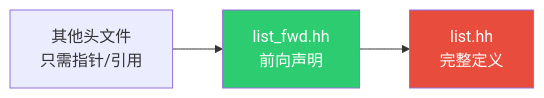
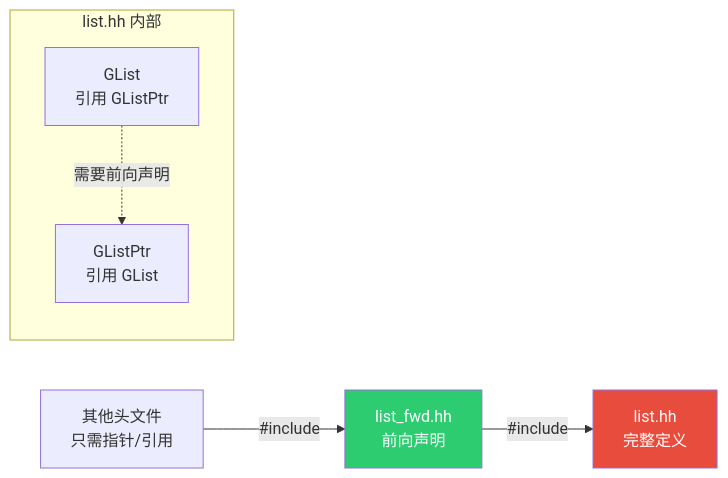
The fifth of 5 diagrams in 杂/markdown/几何节点-列表/13-CPPType运行时类型信息.md (yunkezengren/blender-.vscode), drawn with Mermaid before and after one commit. The commit also changed other lines of this file and 1 other file, not shown here.

Commit message:
列表文档3

````diff
--- a/杂/markdown/几何节点-列表/13-CPPType运行时类型信息.md
+++ b/杂/markdown/几何节点-列表/13-CPPType运行时类型信息.md
@@ -387,12 +391,18 @@
 ```mermaid
 graph LR
     FWD["list_fwd.hh<br/>前向声明"]
     MAIN["list.hh<br/>完整定义"]
     OTHER["其他头文件<br/>只需指针/引用"]
 
-    FWD --> MAIN
-    OTHER --> FWD
+    FWD --> |"#include"| MAIN
+    OTHER --> |"#include"| FWD
+
+    subgraph "list.hh 内部"
+        GL["GList<br/>引用 GListPtr"]
+        LP["GListPtr<br/>引用 GList"]
+        GL -.-> |"需要前向声明"| LP
+    end
 
     style FWD fill:#2ecc71,color:#fff
     style MAIN fill:#e74c3c,color:#fff
 ```
````
